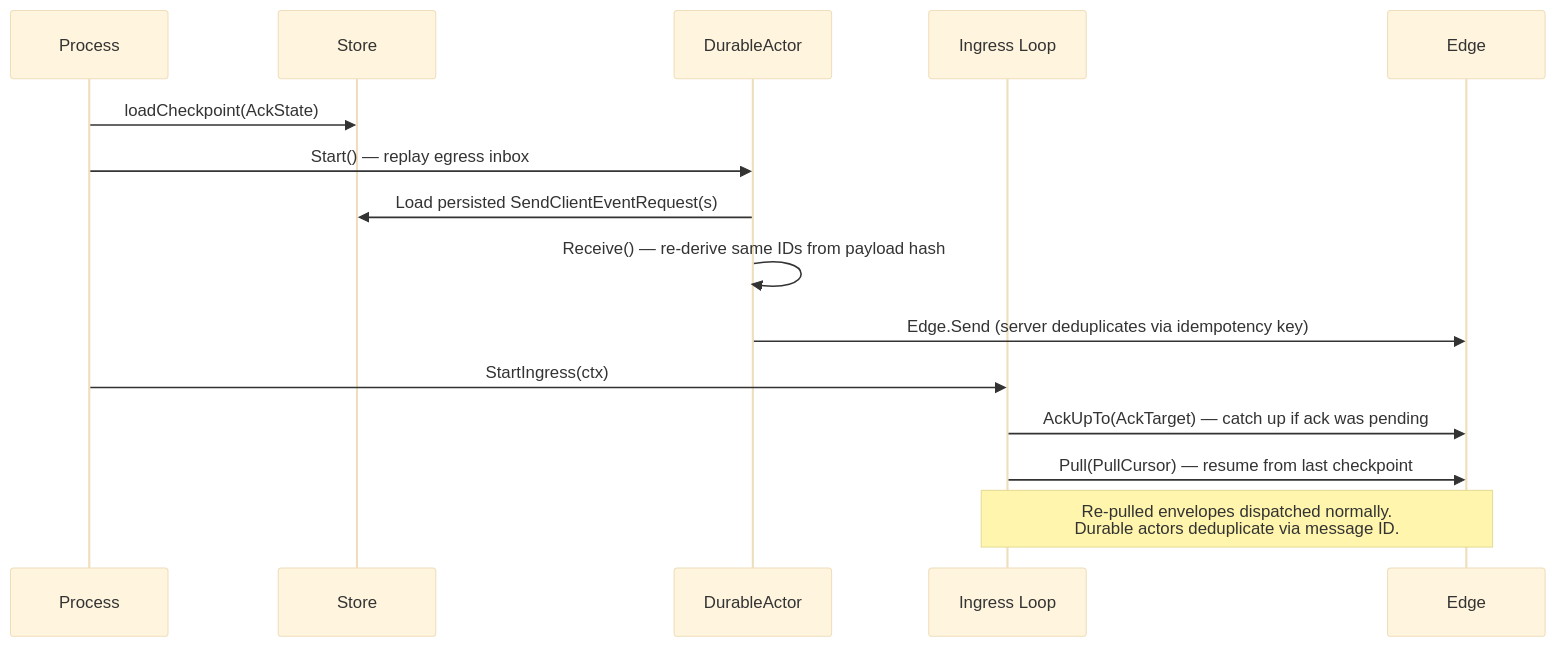
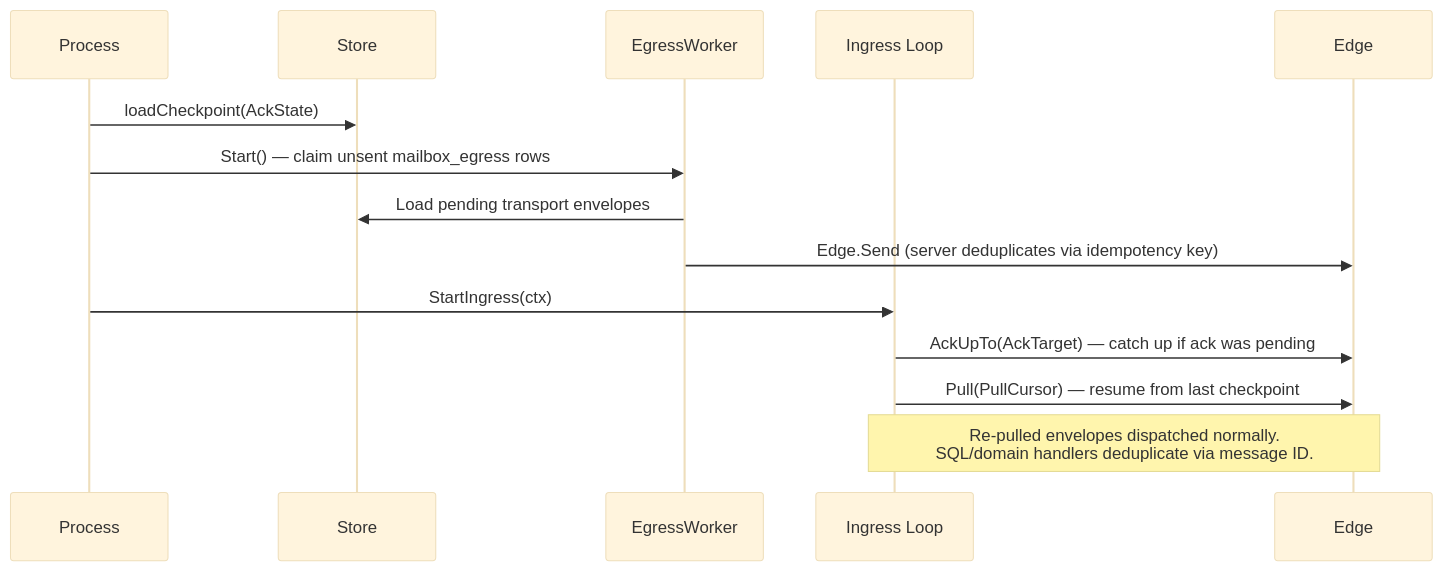
Before and after one commit to lightninglabs/wavelength: the fourth of 4 diagrams in serverconn/README.md, drawn with Mermaid (base theme). The commit also changed other lines of this file and 10 other files, not shown here.

````diff
--- a/serverconn/README.md
+++ b/serverconn/README.md
@@ -282,19 +284,18 @@
 ```mermaid
 sequenceDiagram
     participant P as Process
     participant DB as Store
-    participant DA as DurableActor
+    participant EW as EgressWorker
     participant IL as Ingress Loop
     participant E as Edge
 
     P->>DB: loadCheckpoint(AckState)
-    P->>DA: Start() — replay egress inbox
-    DA->>DB: Load persisted SendClientEventRequest(s)
-    DA->>DA: Receive() — re-derive same IDs from payload hash
-    DA->>E: Edge.Send (server deduplicates via idempotency key)
+    P->>EW: Start() — claim unsent mailbox_egress rows
+    EW->>DB: Load pending transport envelopes
+    EW->>E: Edge.Send (server deduplicates via idempotency key)
 
     P->>IL: StartIngress(ctx)
     IL->>E: AckUpTo(AckTarget) — catch up if ack was pending
     IL->>E: Pull(PullCursor) — resume from last checkpoint
-    Note over IL,E: Re-pulled envelopes dispatched normally.<br/>Durable actors deduplicate via message ID.
+    Note over IL,E: Re-pulled envelopes dispatched normally.<br/>SQL/domain handlers deduplicate via message ID.
 ```
````
